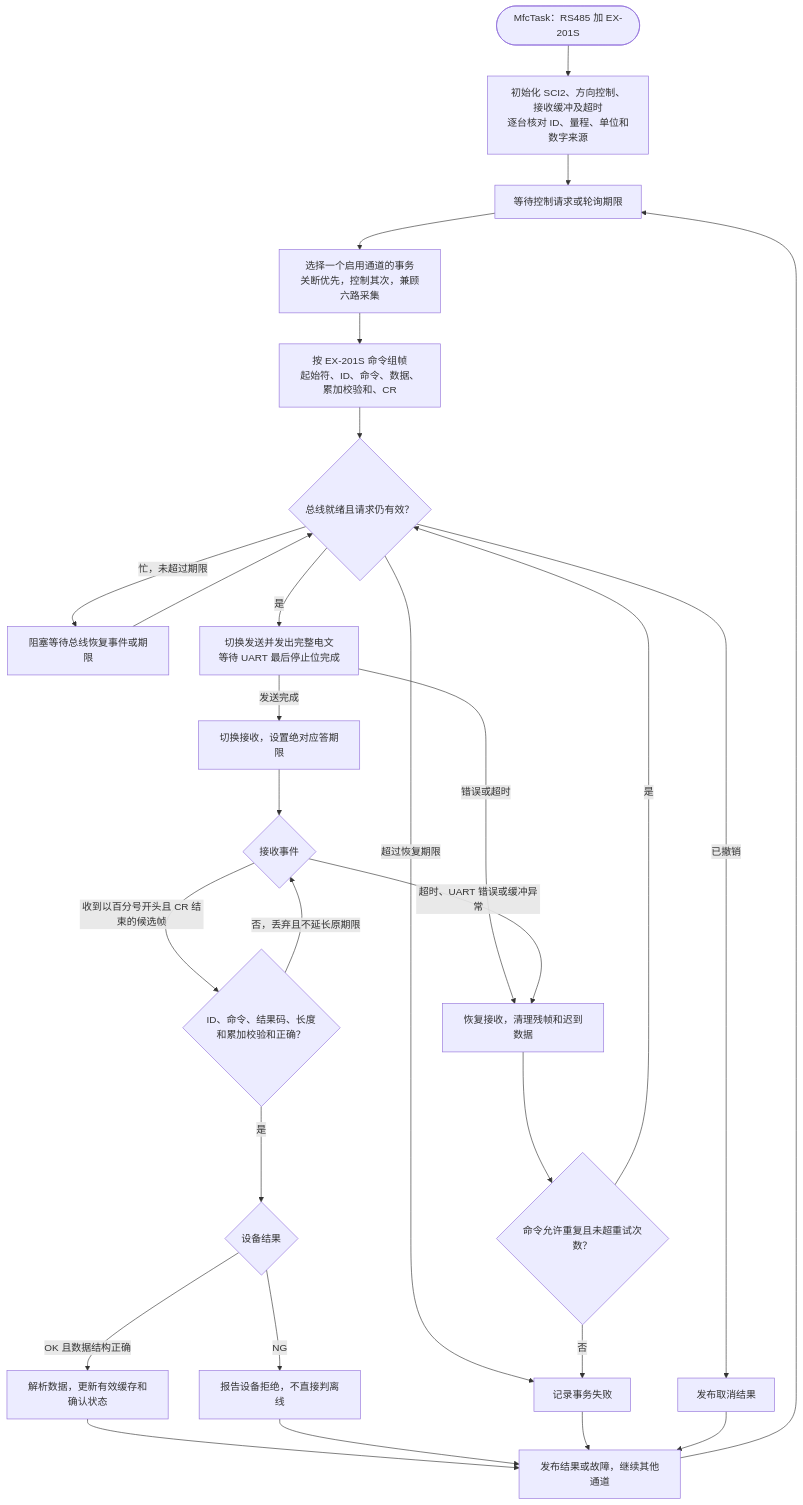
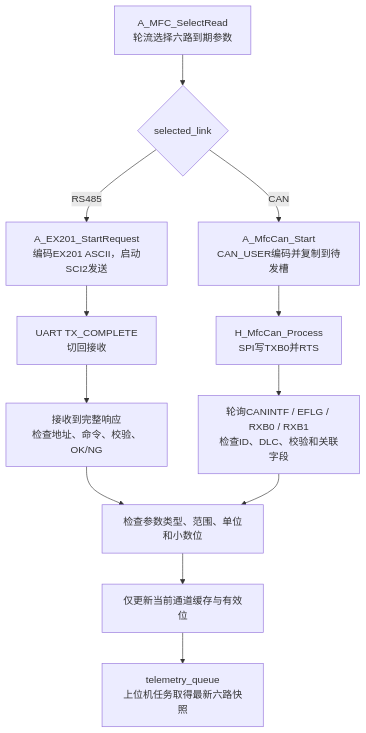
The fourth of 5 diagrams in doc/Design Document/Design Statement/主板软件运行流程-FreeRTOS.md (WIZYAN/gas-flowmeter-control), drawn with Mermaid before and after one commit. The commit also changed other lines of this file and 11 other files, not shown here.

````diff
--- a/doc/Design Document/Design Statement/主板软件运行流程-FreeRTOS.md
+++ b/doc/Design Document/Design Statement/主板软件运行流程-FreeRTOS.md
@@ -149,30 +73,14 @@
 ```mermaid
 flowchart TD
-    A([MfcTask：RS485 加 EX-201S]) --> B[初始化 SCI2、方向控制、接收缓冲及超时<br/>逐台核对 ID、量程、单位和数字来源]
-    B --> C[等待控制请求或轮询期限]
-    C --> D[选择一个启用通道的事务<br/>关断优先，控制其次，兼顾六路采集]
-    D --> E[按 EX-201S 命令组帧<br/>起始符、ID、命令、数据、累加校验和、CR]
-    E --> F{总线就绪且请求仍有效？}
-    F -->|已撤销| CANCEL[发布取消结果]
-    F -->|忙，未超过期限| WAIT[阻塞等待总线恢复事件或期限]
-    WAIT --> F
-    F -->|超过恢复期限| FAIL[记录事务失败]
-    F -->|是| G[切换发送并发出完整电文<br/>等待 UART 最后停止位完成]
-    G -->|发送完成| H[切换接收，设置绝对应答期限]
-    G -->|错误或超时| REC[恢复接收，清理残帧和迟到数据]
-    H --> RX{接收事件}
-    RX -->|收到以百分号开头且 CR 结束的候选帧| CHECK{ID、命令、结果码、长度<br/>和累加校验和正确？}
-    CHECK -->|否，丢弃且不延长原期限| RX
-    CHECK -->|是| RESULT{设备结果}
-    RESULT -->|OK 且数据结构正确| OK[解析数据，更新有效缓存和确认状态]
-    RESULT -->|NG| NG[报告设备拒绝，不直接判离线]
-    RX -->|超时、UART 错误或缓冲异常| REC
-    REC --> RETRY{命令允许重复且未超重试次数？}
-    RETRY -->|是| F
-    RETRY -->|否| FAIL
-    OK --> REPORT[发布结果或故障，继续其他通道]
-    NG --> REPORT
-    FAIL --> REPORT
-    CANCEL --> REPORT
-    REPORT --> C
+    SELECT[A_MFC_SelectRead<br/>轮流选择六路到期参数] --> LINK{selected_link}
+    LINK -->|RS485| RTX[A_EX201_StartRequest<br/>编码EX201 ASCII，启动SCI2发送]
+    RTX --> RTXC[UART TX_COMPLETE<br/>切回接收]
+    RTXC --> RRX[接收到完整响应<br/>检查地址、命令、校验、OK/NG]
+    LINK -->|CAN| CTX[A_MfcCan_Start<br/>CAN_USER编码并复制到待发槽]
+    CTX --> CSPI[H_MfcCan_Process<br/>SPI写TXB0并RTS]
+    CSPI --> CRX[轮询CANINTF / EFLG / RXB0 / RXB1<br/>检查ID、DLC、校验和关联字段]
+    RRX --> VALUE[检查参数类型、范围、单位和小数位]
+    CRX --> VALUE
+    VALUE --> CACHE[仅更新当前通道缓存与有效位]
+    CACHE --> QUEUE[telemetry_queue<br/>上位机任务取得最新六路快照]
 ```
````
